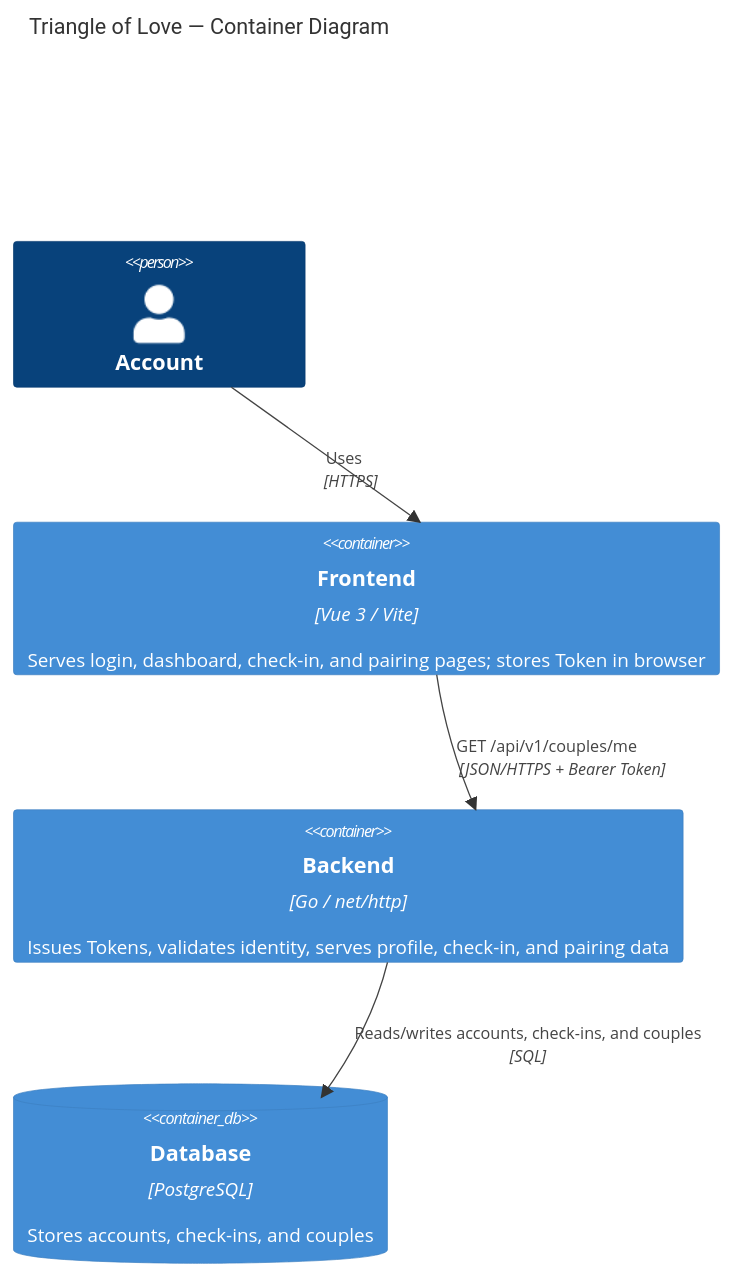
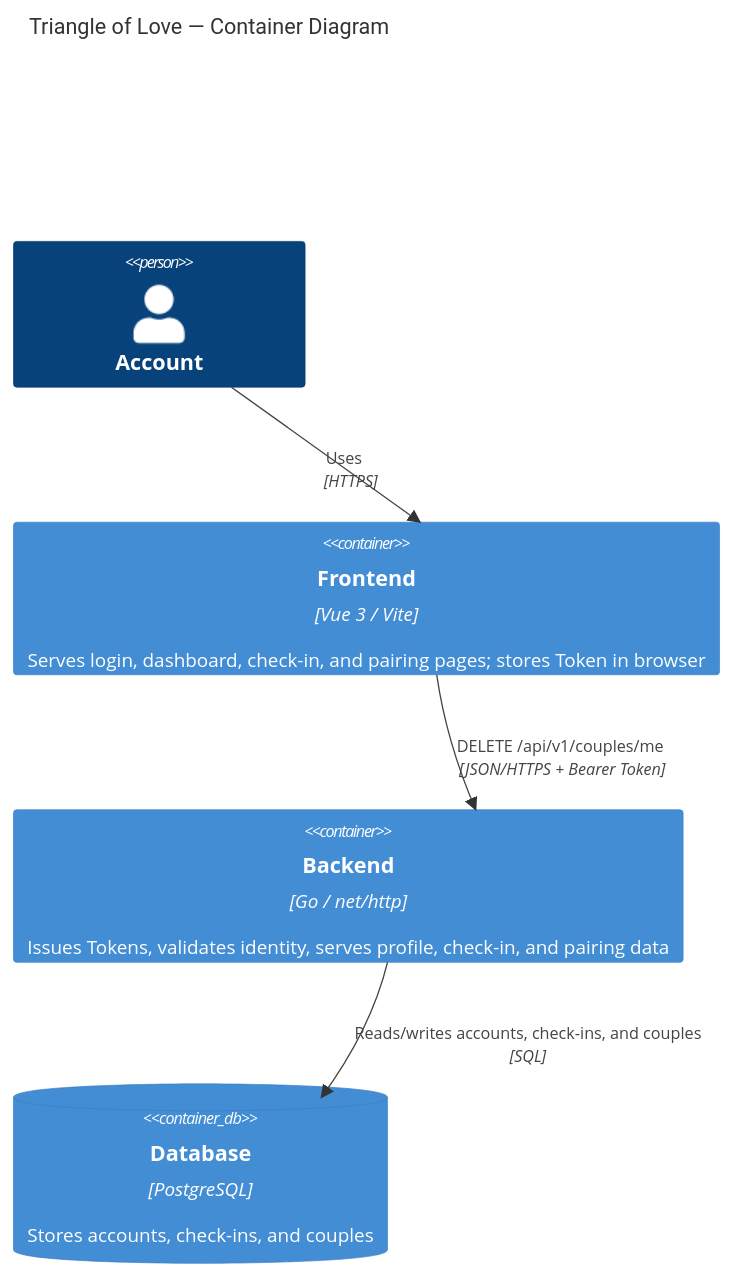
Before and after one commit to co0p/triangleoflove: the second of 3 diagrams in docs/architecture.md, drawn with Mermaid. The commit also changed other lines of this file and 17 other files, not shown here.

````diff
--- a/docs/architecture.md
+++ b/docs/architecture.md
@@ -15,18 +15,19 @@
 ```mermaid
 C4Container
     title Triangle of Love — Container Diagram
     Person(account, "Account")
     Container(frontend, "Frontend", "Vue 3 / Vite", "Serves login, dashboard, check-in, and pairing pages; stores Token in browser")
     Container(backend, "Backend", "Go / net/http", "Issues Tokens, validates identity, serves profile, check-in, and pairing data")
     ContainerDb(db, "Database", "PostgreSQL", "Stores accounts, check-ins, and couples")
     Rel(account, frontend, "Uses", "HTTPS")
     Rel(frontend, backend, "POST /api/v1/auth/login", "JSON/HTTPS")
     Rel(frontend, backend, "GET /api/v1/users/me", "JSON/HTTPS + Bearer Token")
     Rel(frontend, backend, "GET /api/v1/checkins/today", "JSON/HTTPS + Bearer Token")
     Rel(frontend, backend, "PUT /api/v1/checkins/today", "JSON/HTTPS + Bearer Token")
     Rel(frontend, backend, "GET /api/v1/pairing", "JSON/HTTPS + Bearer Token")
     Rel(frontend, backend, "POST /api/v1/pairing/regenerate", "JSON/HTTPS + Bearer Token")
     Rel(frontend, backend, "POST /api/v1/pairing/connect", "JSON/HTTPS + Bearer Token")
     Rel(frontend, backend, "GET /api/v1/couples/me", "JSON/HTTPS + Bearer Token")
+    Rel(frontend, backend, "DELETE /api/v1/couples/me", "JSON/HTTPS + Bearer Token")
     Rel(backend, db, "Reads/writes accounts, check-ins, and couples", "SQL")
 ```
````
